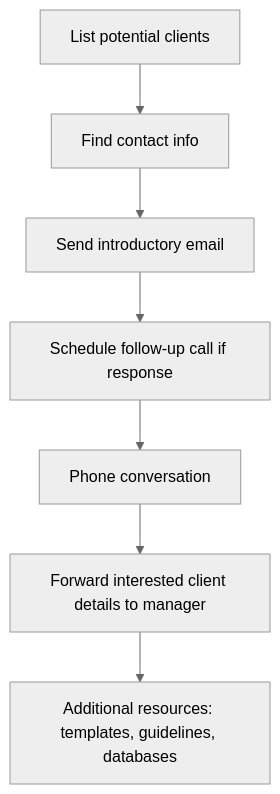
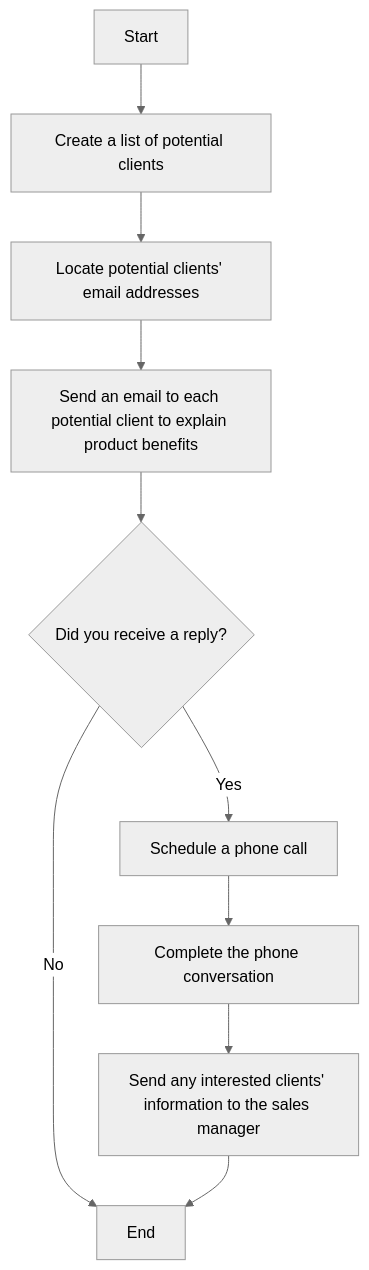
The diagram in doc/diagram.mmd (junmiron/TFM_BA_GPT), drawn with Mermaid (neutral theme) before and after one commit. The commit also changed 3 other files, not shown here.

````diff
--- a/doc/diagram.mmd
+++ b/doc/diagram.mmd
@@ -1,9 +1,12 @@
 ```mermaid
-graph TB
-    A[List potential clients] --> B[Find contact info]
-    B --> C[Send introductory email]
-    C --> D[Schedule follow-up call if response]
-    D --> E[Phone conversation]
-    E --> F[Forward interested client details to manager]
-    F --> G[Additional resources: templates, guidelines, databases]
+graph TD
+    A[Start] --> B[Create a list of potential clients]
+    B --> C[Locate potential clients' email addresses]
+    C --> D[Send an email to each potential client to explain product benefits]
+    D --> E{Did you receive a reply?}
+    E -->|Yes| F[Schedule a phone call]
+    E -->|No| G[End]
+    F --> H[Complete the phone conversation]
+    H --> I[Send any interested clients' information to the sales manager]
+    I --> G[End]
 ```
````
